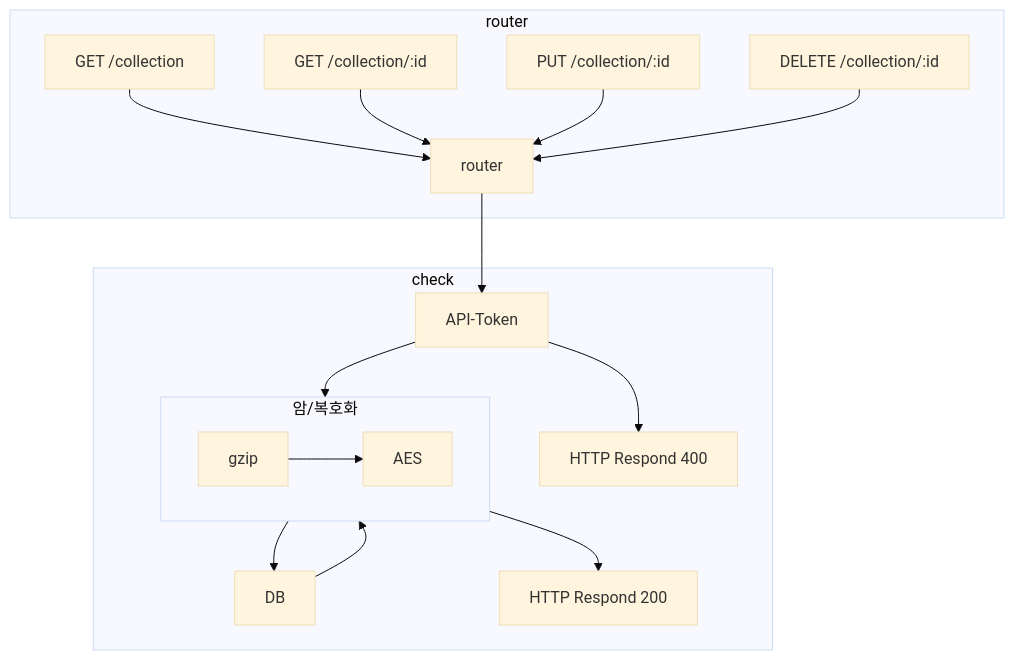
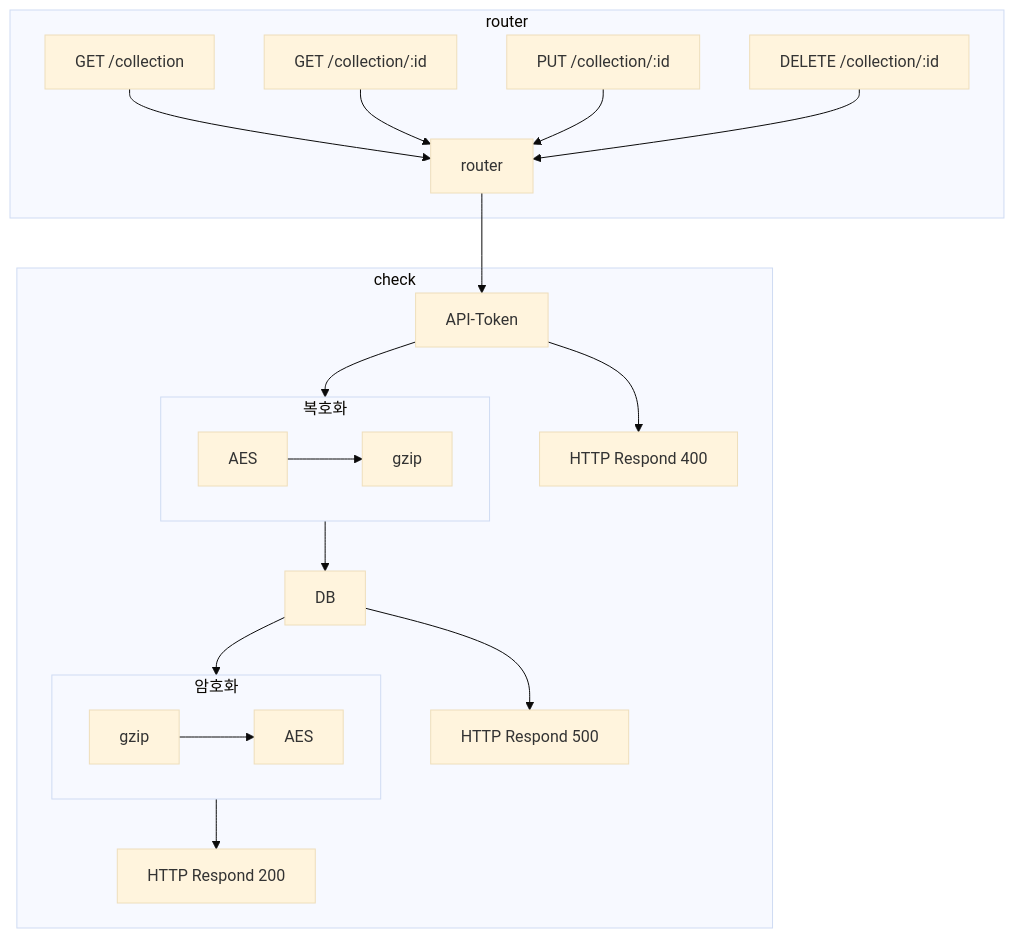
Before and after one commit to fluffy-melli/MoliDB: the second of 2 diagrams in architecture.md, drawn with Mermaid (base theme). The commit also changed other lines of this file, not shown here.

````diff
--- a/architecture.md
+++ b/architecture.md
@@ -35,17 +42,21 @@
 ```mermaid
 graph TD
-    subgraph crypto[암/복호화]
+    subgraph crypto[암호화]
         GZIP[gzip] --> AES[AES]
+    end
+    subgraph ccrypto[복호화]
+        CAES[AES] --> CGZIP[gzip]
     end
     subgraph router
         GET_collection[GET /collection] --> input
         GET_collection_id[GET /collection/:id] --> input
         PUT_collection_id[PUT /collection/:id] --> input
         DELETE_collection_id[DELETE /collection/:id] --> input
     end
     subgraph check
         input[router] --> error[API-Token]
         error --> Respond0[HTTP Respond 400]
-        error --> crypto  --> DB --> crypto --> Respond1[HTTP Respond 200]
+        error --> ccrypto  --> DB --> crypto --> Respond1[HTTP Respond 200]
+        DB --> Respond2[HTTP Respond 500]
     end
 ```
````
